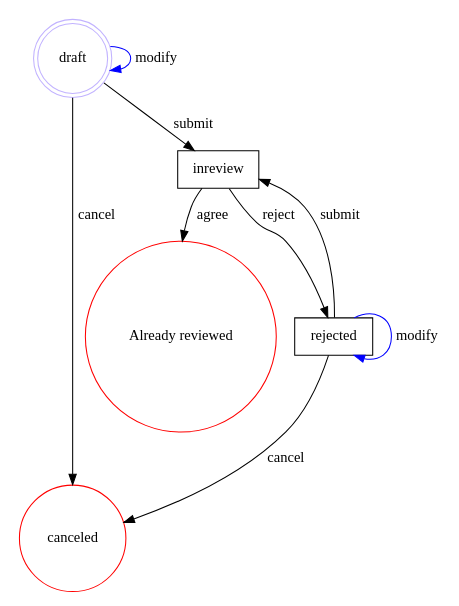
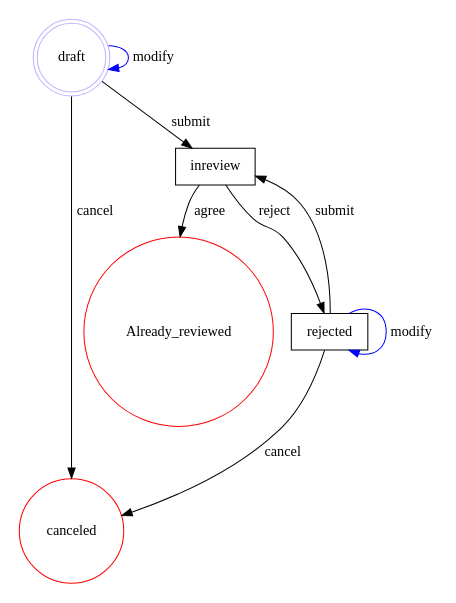
Before and after one commit to clszzyh/flexflow: the diagram in README.md, drawn with Graphviz. The commit also changed 1 other file, not shown here.

````diff
--- a/README.md
+++ b/README.md
@@ -91,20 +91,20 @@
 ```dot
 // custom_mark10
 digraph review {
   size = "4,4";
-  "draft" [label="draft",shape=doublecircle,color=".7 .3 1.0"];
-  "canceled" [label="canceled",shape=circle,color=red];
-  "Already reviewed" [label="Already reviewed",shape=circle,color=red];
-  "inreview" [label="inreview",shape=box];
-  "rejected" [label="rejected",shape=box];
-  "draft" -> "inreview" [label="submit"];
-  "draft" -> "draft" [label="modify",color=blue];
-  "draft" -> "canceled" [label="cancel"];
-  "rejected" -> "inreview" [label="submit"];
-  "rejected" -> "rejected" [label="modify",color=blue];
-  "rejected" -> "canceled" [label="cancel"];
-  "inreview" -> "rejected" [label="reject"];
-  "inreview" -> "Already reviewed" [label="agree"];
+  draft [label=draft,shape=doublecircle,color=".7 .3 1.0"];
+  canceled [label=canceled,shape=circle,color=red];
+  Already_reviewed [label=Already_reviewed,shape=circle,color=red];
+  inreview [label=inreview,shape=box];
+  rejected [label=rejected,shape=box];
+  draft -> inreview [label=submit];
+  draft -> draft [label=modify,color=blue];
+  draft -> canceled [label=cancel];
+  rejected -> inreview [label=submit];
+  rejected -> rejected [label=modify,color=blue];
+  rejected -> canceled [label=cancel];
+  inreview -> rejected [label=reject];
+  inreview -> Already_reviewed [label=agree];
 }
 // custom_mark10
 ```
````
